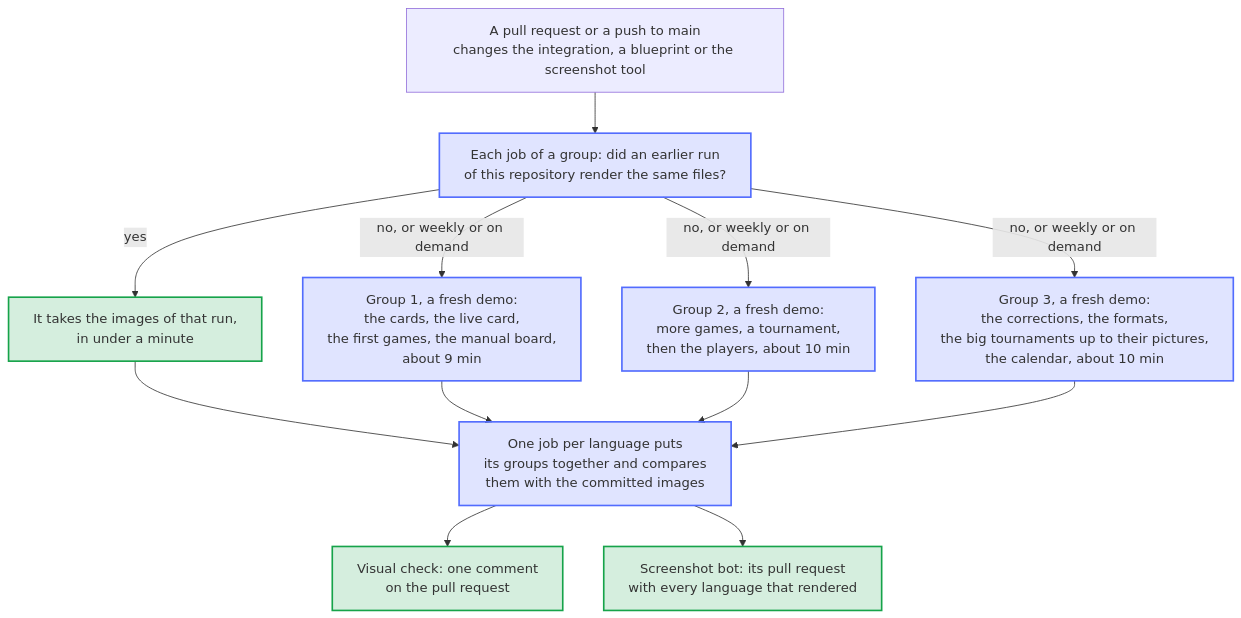
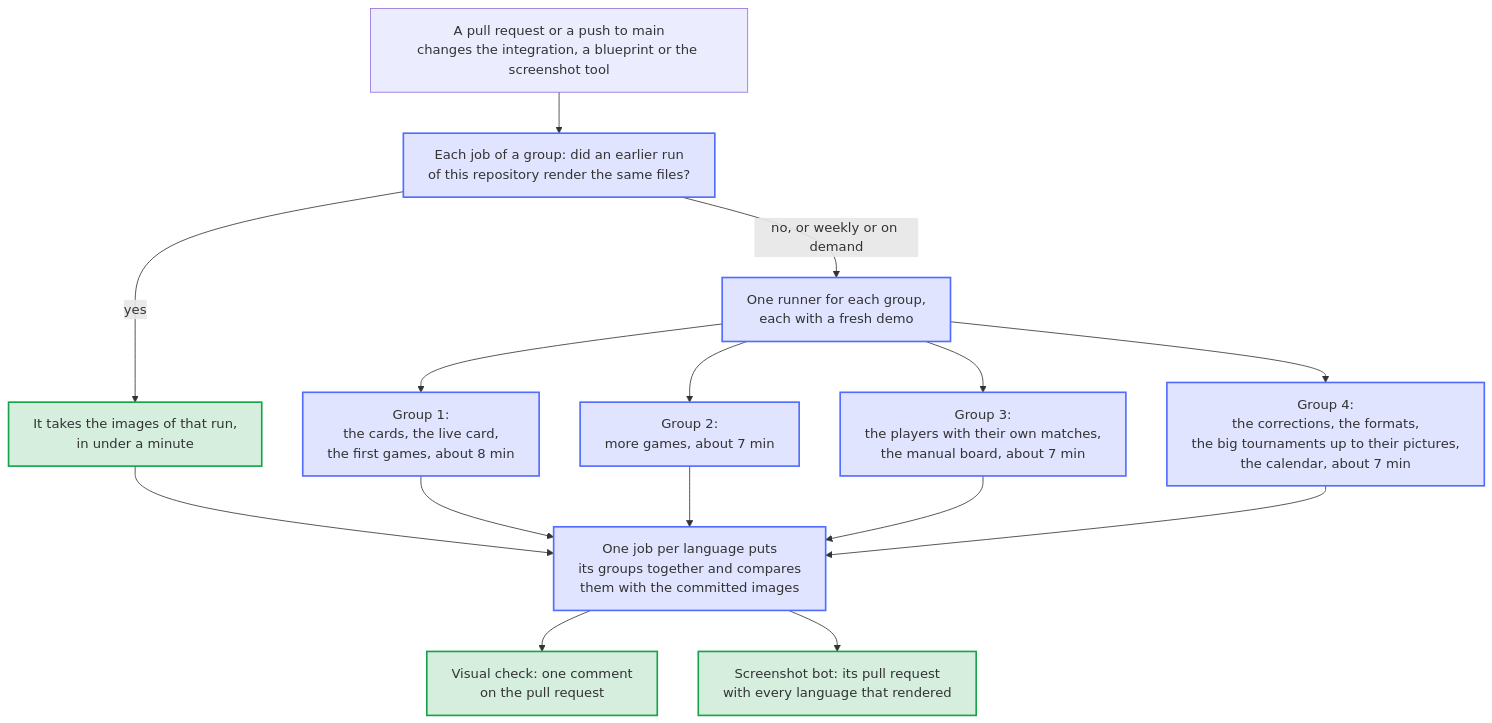
The diagram in docs/diagrams/screenshot-groups.en.mmd (Dennis-Otto/homedarts-for-autodarts), drawn with Mermaid before and after one commit. The commit also changed 22 other files, not shown here.

First line of the commit message:
perf: the longest screenshot group takes less time (#540)

```diff
--- a/docs/diagrams/screenshot-groups.en.mmd
+++ b/docs/diagrams/screenshot-groups.en.mmd
@@ -1,24 +1,26 @@
 ---
 config:
   flowchart:
     wrappingWidth: 400
 ---
 flowchart TB
   accTitle: How the visual check and the screenshot bot render the images in groups
-  accDescr: Each language renders in three groups at once, each group on a runner of its own. First each job of a group looks for an earlier run of the visual check or of the screenshot bot, on a branch of this repository, that rendered the same files; it takes the images of that run in under a minute. Otherwise it renders them from a fresh demo. The cards, the first games and the dartboard without Autodarts make group 1, more games with the players group 2, the corrections of a dart, the formats, the big tournaments and the calendar group 3. Then one job per language puts the images of its three groups together and compares them with the committed images. The visual check writes the comparison into one comment on the pull request; the screenshot bot updates its pull request with every language that rendered.
+  accDescr: Each language renders in four groups at once, each group on a runner of its own. First each job of a group looks for an earlier run of the visual check or of the screenshot bot, on a branch of this repository, that rendered the same files; it takes the images of that run in under a minute. Otherwise it renders them from a fresh demo. The cards and the first games make group 1, more games group 2, the players with their own matches and the dartboard without Autodarts group 3, the corrections of a dart, the formats, the big tournaments and the calendar group 4. Then one job per language puts the images of its four groups together and compares them with the committed images. The visual check writes the comparison into one comment on the pull request; the screenshot bot updates its pull request with every language that rendered.
 
   START["A pull request or a push to main<br/>changes the integration, a blueprint or the screenshot tool"] --> KEY
   KEY["Each job of a group: did an earlier run<br/>of this repository render the same files?"]
   KEY -->|"yes"| TAKE["It takes the images of that run,<br/>in under a minute"]
-  KEY -->|"no, or weekly or on demand"| G1 & G2 & G3
-  G1["Group 1, a fresh demo:<br/>the cards, the live card,<br/>the first games, the manual board,<br/>about 9 min"]
-  G2["Group 2, a fresh demo:<br/>more games, a tournament,<br/>then the players, about 10 min"]
-  G3["Group 3, a fresh demo:<br/>the corrections, the formats,<br/>the big tournaments up to their pictures,<br/>the calendar, about 10 min"]
-  TAKE & G1 & G2 & G3 --> COLLECT["One job per language puts<br/>its groups together and compares<br/>them with the committed images"]
+  KEY -->|"no, or weekly or on demand"| RENDER["One runner for each group,<br/>each with a fresh demo"]
+  RENDER --> G1 & G2 & G3 & G4
+  G1["Group 1:<br/>the cards, the live card,<br/>the first games, about 8 min"]
+  G2["Group 2:<br/>more games, about 7 min"]
+  G3["Group 3:<br/>the players with their own matches,<br/>the manual board, about 7 min"]
+  G4["Group 4:<br/>the corrections, the formats,<br/>the big tournaments up to their pictures,<br/>the calendar, about 7 min"]
+  TAKE & G1 & G2 & G3 & G4 --> COLLECT["One job per language puts<br/>its groups together and compares<br/>them with the committed images"]
   COLLECT --> COMMENT["Visual check: one comment<br/>on the pull request"]
   COLLECT --> BOT["Screenshot bot: its pull request<br/>with every language that rendered"]
 
   classDef bot fill:#526cfe2e,stroke:#526cfe,stroke-width:2px
   classDef done fill:#16a34a2e,stroke:#16a34a,stroke-width:2px
-  class KEY,G1,G2,G3,COLLECT bot
+  class KEY,RENDER,G1,G2,G3,G4,COLLECT bot
   class TAKE,COMMENT,BOT done
```
